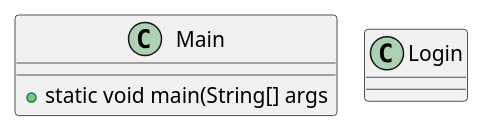
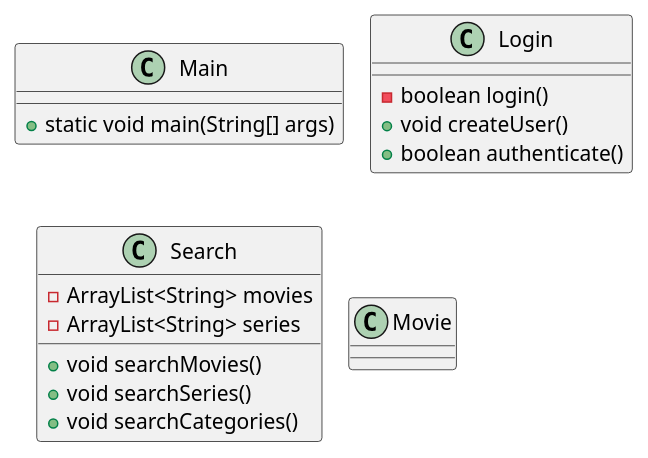
One commit to Bubberslem/Sp3MadsDMarcusR changed the diagram in doc/classdiagram.puml. Above: the diagram before and after it, drawn with PlantUML. The commit also changed 3 other files, not shown here.

```diff
--- a/doc/classdiagram.puml
+++ b/doc/classdiagram.puml
@@ -1,12 +1,25 @@
 @startuml
 'https://plantuml.com/class-diagram
 !pragma layout smetana
 class Main{
-+ static void main(String[] args
++ static void main(String[] args)
 }
 class Login{
+- boolean login()
++ void createUser()
++ boolean authenticate()
+}
+
+class Search{
+- ArrayList<String> movies
+- ArrayList<String> series
++ void searchMovies()
++ void searchSeries()
++ void searchCategories()
+}
+
+class Movie{
 
 }
 
-
 @enduml
```
